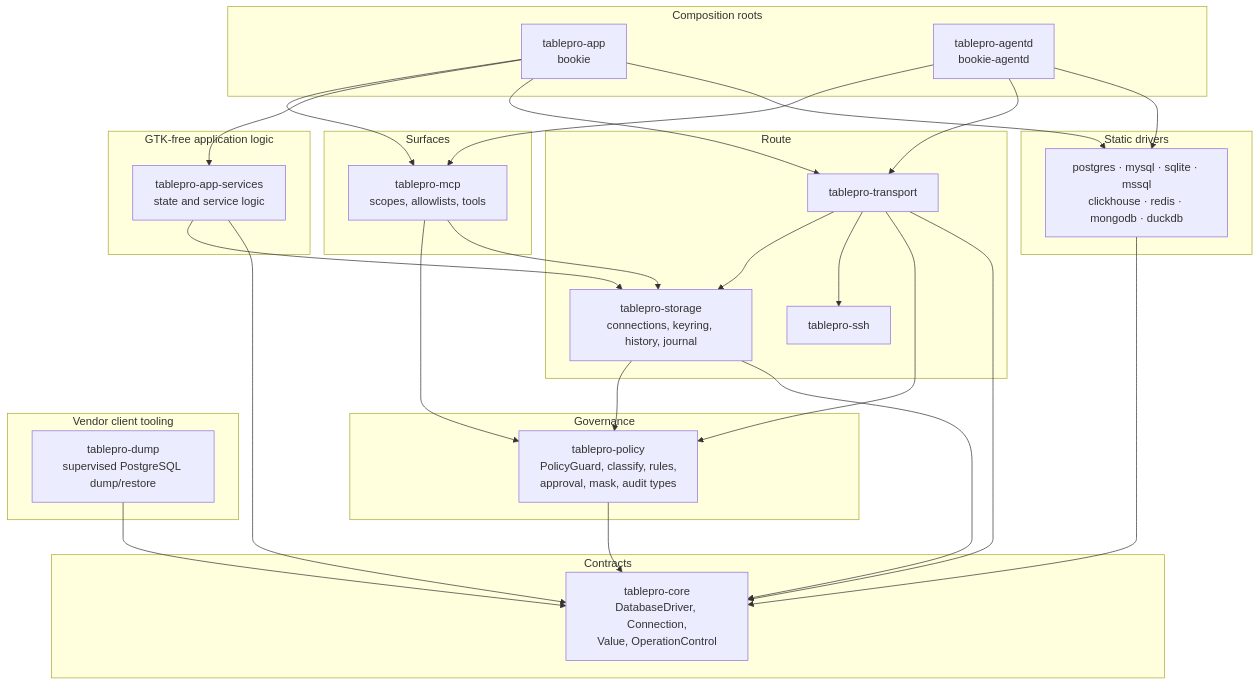
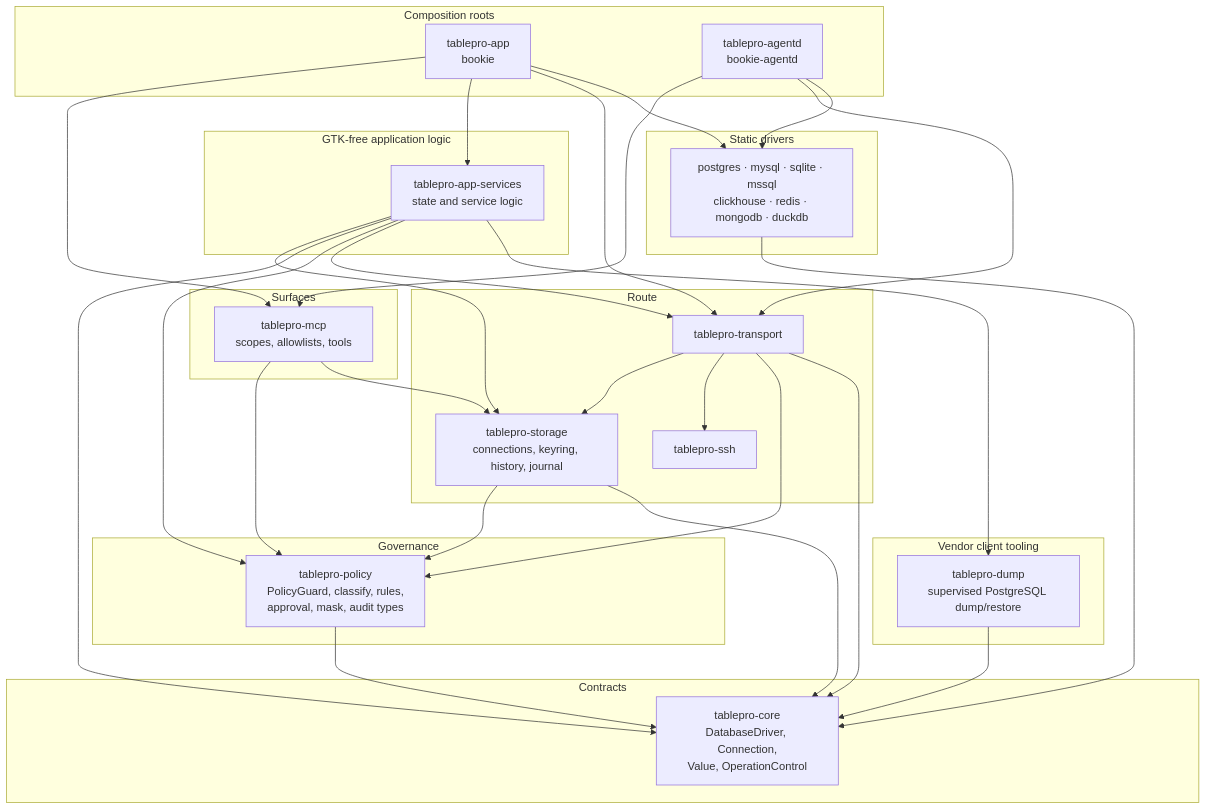
The second of 5 diagrams in ARCHITECTURE.md (TableProApp/TablePro), drawn with Mermaid before and after one commit. The commit also changed other lines of this file, not shown here.

Commit message:
docs(architecture): map app service dependencies

````diff
--- a/ARCHITECTURE.md
+++ b/ARCHITECTURE.md
@@ -74,58 +74,61 @@
 ```mermaid
 flowchart TB
     subgraph roots["Composition roots"]
         app["tablepro-app<br/>bookie"]
         agentd["tablepro-agentd<br/>bookie-agentd"]
     end
 
     subgraph surfaces["Surfaces"]
         mcp["tablepro-mcp<br/>scopes, allowlists, tools"]
     end
 
     subgraph app_logic["GTK-free application logic"]
         app_services["tablepro-app-services<br/>state and service logic"]
     end
 
     subgraph governance["Governance"]
         policy["tablepro-policy<br/>PolicyGuard, classify, rules,<br/>approval, mask, audit types"]
     end
 
     subgraph route["Route"]
         transport["tablepro-transport"]
         ssh["tablepro-ssh"]
         storage["tablepro-storage<br/>connections, keyring, history, journal"]
     end
 
     subgraph tooling["Vendor client tooling"]
         dump["tablepro-dump<br/>supervised PostgreSQL dump/restore"]
     end
 
     subgraph contracts["Contracts"]
         core["tablepro-core<br/>DatabaseDriver, Connection,<br/>Value, OperationControl"]
     end
 
     subgraph drivers["Static drivers"]
         drv["postgres · mysql · sqlite · mssql<br/>clickhouse · redis · mongodb · duckdb"]
     end
 
     app --> mcp
     agentd --> mcp
     app --> app_services
     app_services --> storage
     app_services --> core
+    app_services --> policy
+    app_services --> transport
+    app_services --> dump
     app --> transport
     agentd --> transport
     mcp --> policy
     mcp --> storage
     transport --> storage
     transport --> ssh
     transport --> policy
     transport --> core
     policy --> core
     dump --> core
     storage --> policy
     storage --> core
     drv --> core
     app --> drv
     agentd --> drv
 ```
````
